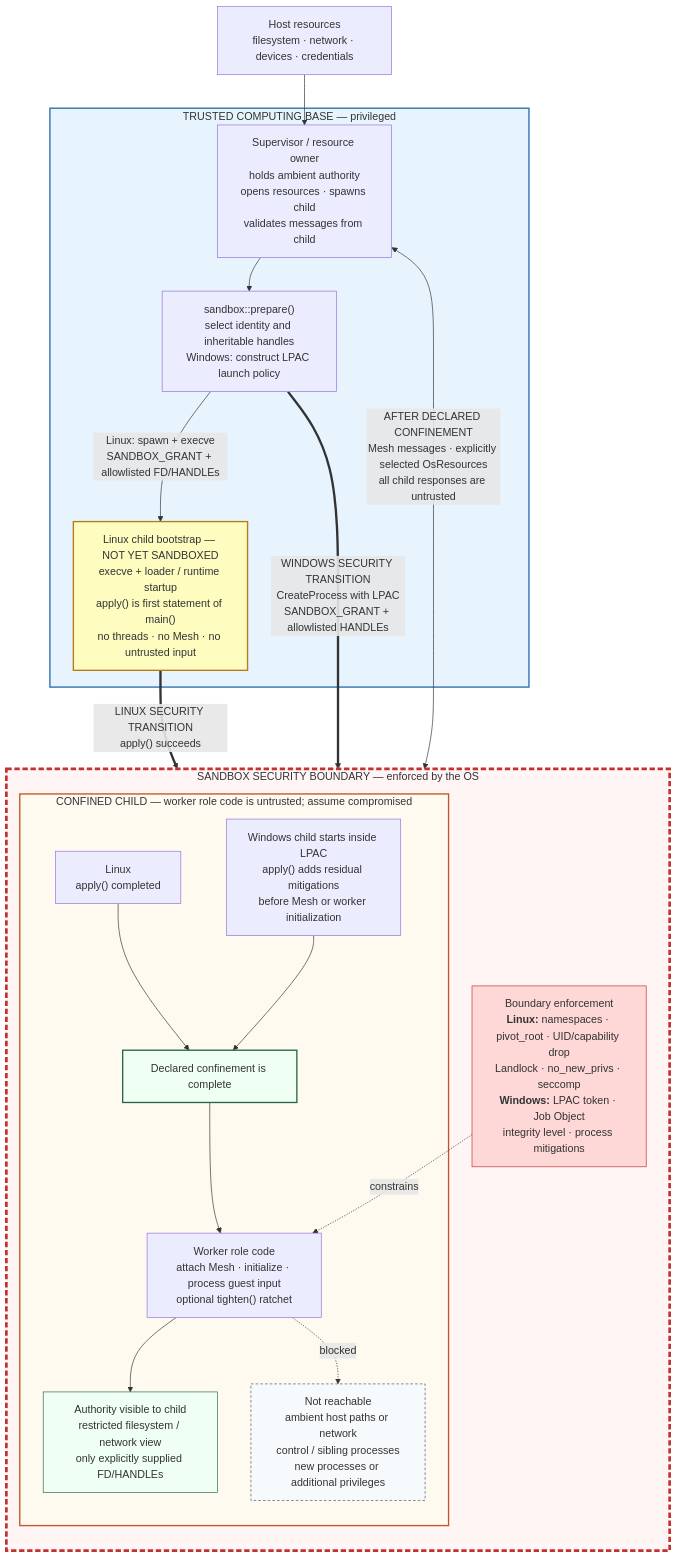
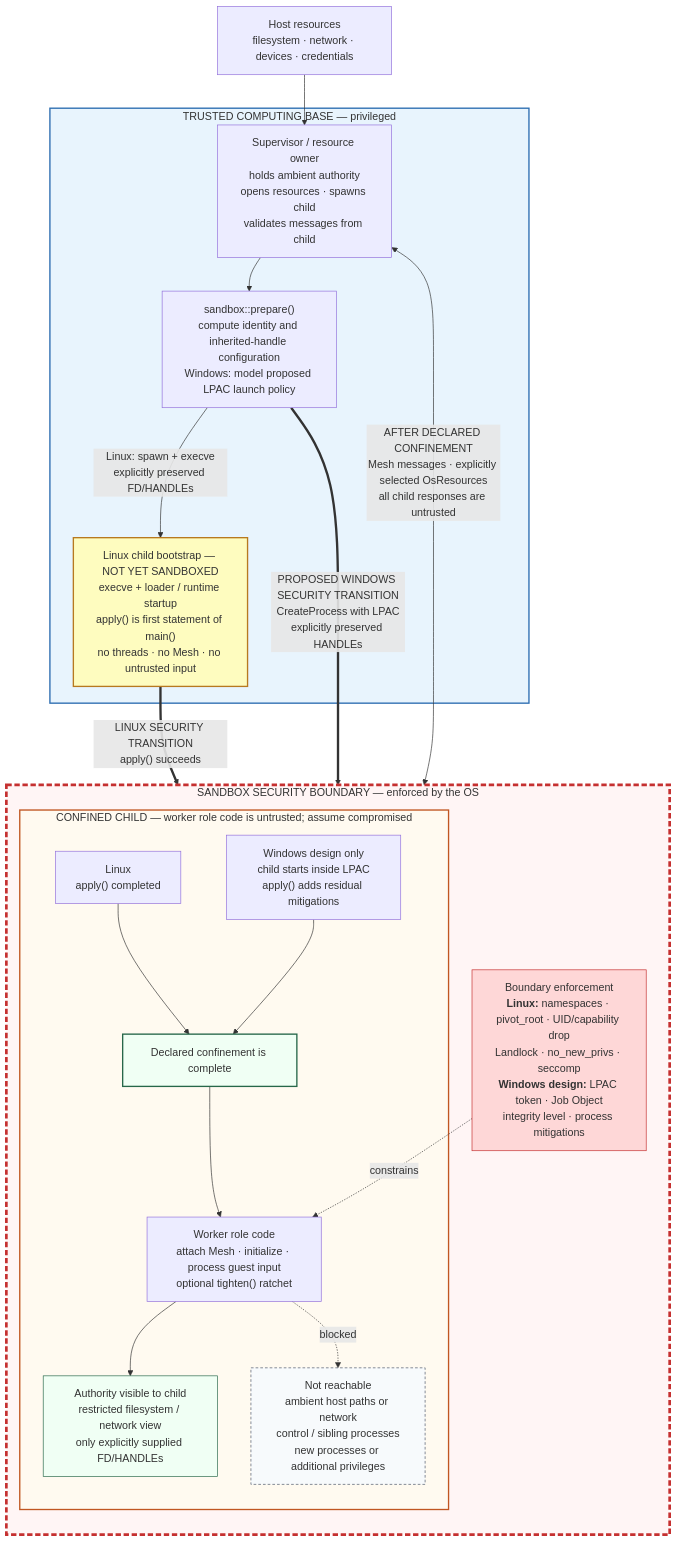
Before and after one commit to dipanjan/openvmm: the second of 4 diagrams in support/sandbox/docs/Sandbox_design.md, drawn with Mermaid. The commit also changed other lines of this file, not shown here.

````diff
--- a/support/sandbox/docs/Sandbox_design.md
+++ b/support/sandbox/docs/Sandbox_design.md
@@ -482,50 +338,50 @@
 ```mermaid
 flowchart TB
     RESOURCES["Host resources<br/>filesystem · network · devices · credentials"]
 
     subgraph TCB["TRUSTED COMPUTING BASE — privileged"]
         SUPERVISOR["Supervisor / resource owner<br/>holds ambient authority<br/>opens resources · spawns child<br/>validates messages from child"]
-        PREPARE["sandbox::prepare()<br/>select identity and inheritable handles<br/>Windows: construct LPAC launch policy"]
+        PREPARE["sandbox::prepare()<br/>compute identity and inherited-handle configuration<br/>Windows: model proposed LPAC launch policy"]
         LINUX_BOOT["Linux child bootstrap — NOT YET SANDBOXED<br/>execve + loader / runtime startup<br/>apply() is first statement of main()<br/>no threads · no Mesh · no untrusted input"]
 
         SUPERVISOR --> PREPARE
-        PREPARE -->|"Linux: spawn + execve<br/>SANDBOX_GRANT + allowlisted FD/HANDLEs"| LINUX_BOOT
+        PREPARE -->|"Linux: spawn + execve<br/>explicitly preserved FD/HANDLEs"| LINUX_BOOT
     end
 
     subgraph SANDBOX["SANDBOX SECURITY BOUNDARY — enforced by the OS"]
         direction TB
 
-        ENFORCEMENT["Boundary enforcement<br/><b>Linux:</b> namespaces · pivot_root · UID/capability drop<br/>Landlock · no_new_privs · seccomp<br/><b>Windows:</b> LPAC token · Job Object<br/>integrity level · process mitigations"]
+        ENFORCEMENT["Boundary enforcement<br/><b>Linux:</b> namespaces · pivot_root · UID/capability drop<br/>Landlock · no_new_privs · seccomp<br/><b>Windows design:</b> LPAC token · Job Object<br/>integrity level · process mitigations"]
 
         subgraph TARGET["CONFINED CHILD — worker role code is untrusted; assume compromised"]
             LINUX_CONFINED["Linux<br/>apply() completed"]
-            WINDOWS_BOOT["Windows child starts inside LPAC<br/>apply() adds residual mitigations<br/>before Mesh or worker initialization"]
+            WINDOWS_BOOT["Windows design only<br/>child starts inside LPAC<br/>apply() adds residual mitigations"]
             READY["Declared confinement is complete"]
             WORKER["Worker role code<br/>attach Mesh · initialize · process guest input<br/>optional tighten() ratchet"]
             AUTHORITY["Authority visible to child<br/>restricted filesystem / network view<br/>only explicitly supplied FD/HANDLEs"]
             BLOCKED["Not reachable<br/>ambient host paths or network<br/>control / sibling processes<br/>new processes or additional privileges"]
 
             LINUX_CONFINED --> READY
             WINDOWS_BOOT --> READY
             READY --> WORKER
             WORKER --> AUTHORITY
             WORKER -. blocked .-> BLOCKED
         end
 
         ENFORCEMENT -. constrains .-> WORKER
     end
 
     RESOURCES --> SUPERVISOR
     LINUX_BOOT ==>|"LINUX SECURITY TRANSITION<br/>apply() succeeds"| LINUX_CONFINED
-    PREPARE ==>|"WINDOWS SECURITY TRANSITION<br/>CreateProcess with LPAC<br/>SANDBOX_GRANT + allowlisted HANDLEs"| WINDOWS_BOOT
+    PREPARE ==>|"PROPOSED WINDOWS SECURITY TRANSITION<br/>CreateProcess with LPAC<br/>explicitly preserved HANDLEs"| WINDOWS_BOOT
     SUPERVISOR <-->|"AFTER DECLARED CONFINEMENT<br/>Mesh messages · explicitly selected OsResources<br/>all child responses are untrusted"| WORKER
 
     style TCB fill:#e8f4fd,stroke:#2b6cb0,stroke-width:2px
     style SANDBOX fill:#fff5f5,stroke:#c53030,stroke-width:4px,stroke-dasharray:8 4
     style TARGET fill:#fffaf0,stroke:#c05621,stroke-width:2px
     style LINUX_BOOT fill:#fefcbf,stroke:#b7791f,stroke-width:2px
     style READY fill:#f0fff4,stroke:#276749,stroke-width:2px
     style ENFORCEMENT fill:#fed7d7,stroke:#c53030
     style AUTHORITY fill:#f0fff4,stroke:#276749
     style BLOCKED fill:#f7fafc,stroke:#4a5568,stroke-dasharray:4 3
 ```
````
